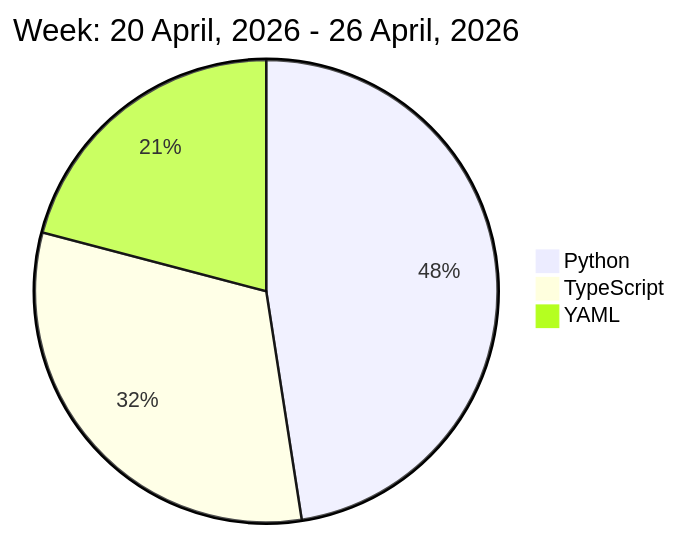
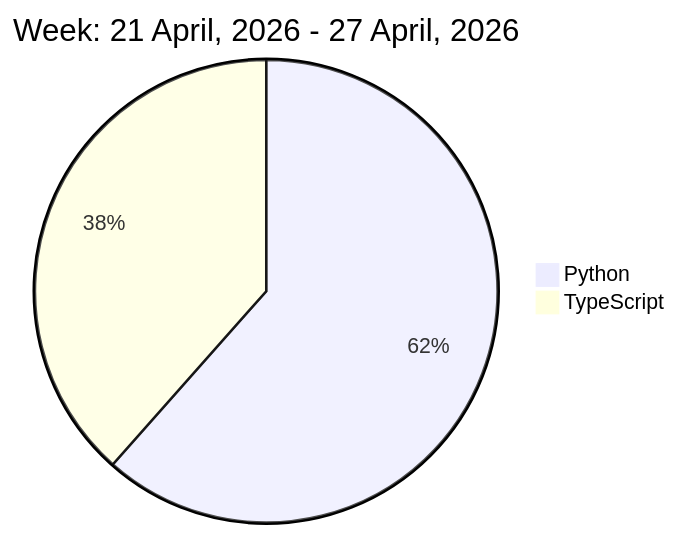
One commit to liubin95/liubin95 changed the diagram in README.md. Above: the diagram before and after it, drawn with Mermaid.

Commit message:
Updated the Graph with new Metrics

````diff
--- a/README.md
+++ b/README.md
@@ -32,7 +32,6 @@
 ```mermaid
  pie
-title Week: 20 April, 2026 - 26 April, 2026
- "Python" : 5.23
- "TypeScript" : 3.47
- "YAML" : 2.3
+title Week: 21 April, 2026 - 27 April, 2026
+ "Python" : 6.0
+ "TypeScript" : 3.75
 ```
````
